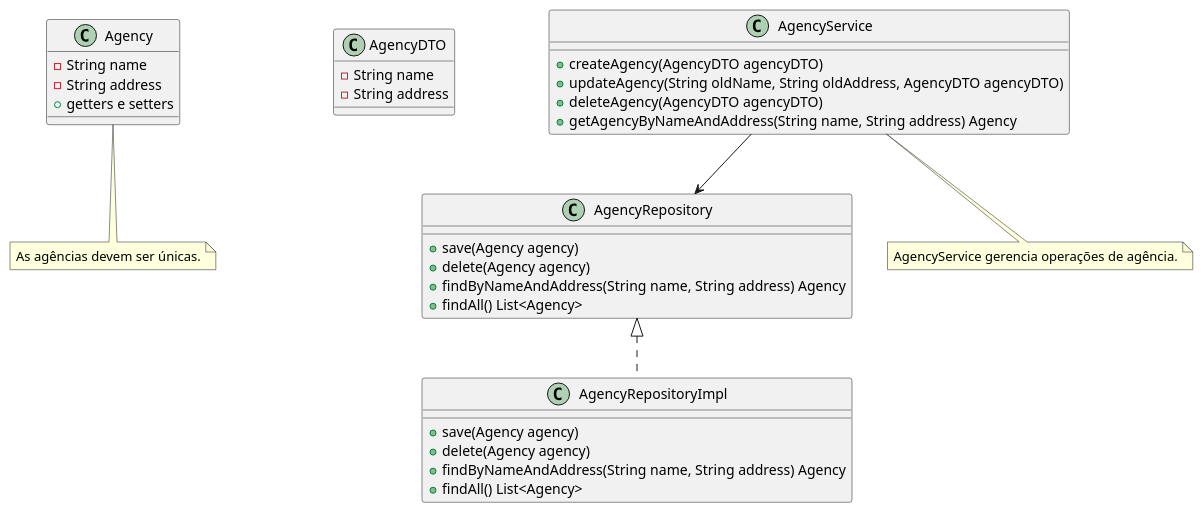
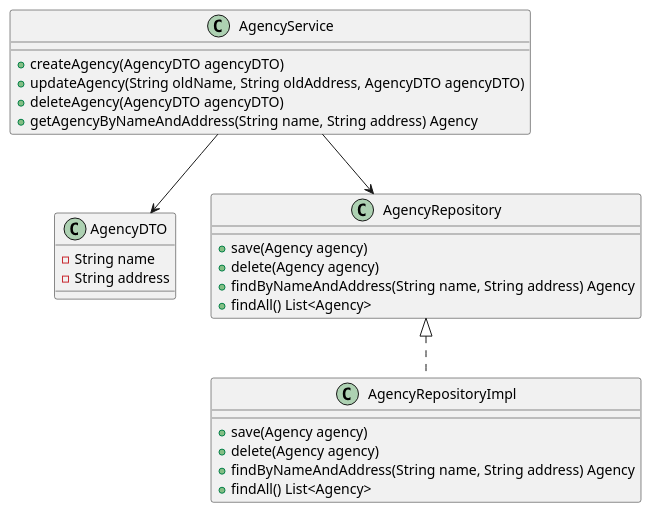
One commit to Team-1-Santander-Coders/LocadoraTeam1 changed the diagram in infos/Diagrams/Agencias.puml. Above: the diagram before and after it, drawn with PlantUML. The commit also changed 6 other files, not shown here.

Commit message:
docs: update class diagrams

```diff
--- a/infos/Diagrams/Agencias.puml
+++ b/infos/Diagrams/Agencias.puml
@@ -1,43 +1,31 @@
 @startuml
-class Agency {
-    -String name
-    -String address
-    +getters e setters
-}
-
 class AgencyDTO {
     -String name
     -String address
 }
 
 class AgencyRepository {
     +save(Agency agency)
     +delete(Agency agency)
     +findByNameAndAddress(String name, String address) Agency
     +findAll() List<Agency>
 }
 
 class AgencyRepositoryImpl {
     +save(Agency agency)
     +delete(Agency agency)
     +findByNameAndAddress(String name, String address) Agency
     +findAll() List<Agency>
 }
 
 class AgencyService {
     +createAgency(AgencyDTO agencyDTO)
     +updateAgency(String oldName, String oldAddress, AgencyDTO agencyDTO)
     +deleteAgency(AgencyDTO agencyDTO)
     +getAgencyByNameAndAddress(String name, String address) Agency
 }
 
+AgencyService --> AgencyDTO
 AgencyService --> AgencyRepository
 AgencyRepository <|.. AgencyRepositoryImpl
-
-note "As agências devem ser únicas." as N1
-Agency .. N1
-
-note "AgencyService gerencia operações de agência." as N2
-AgencyService .. N2
-
 @enduml
```
